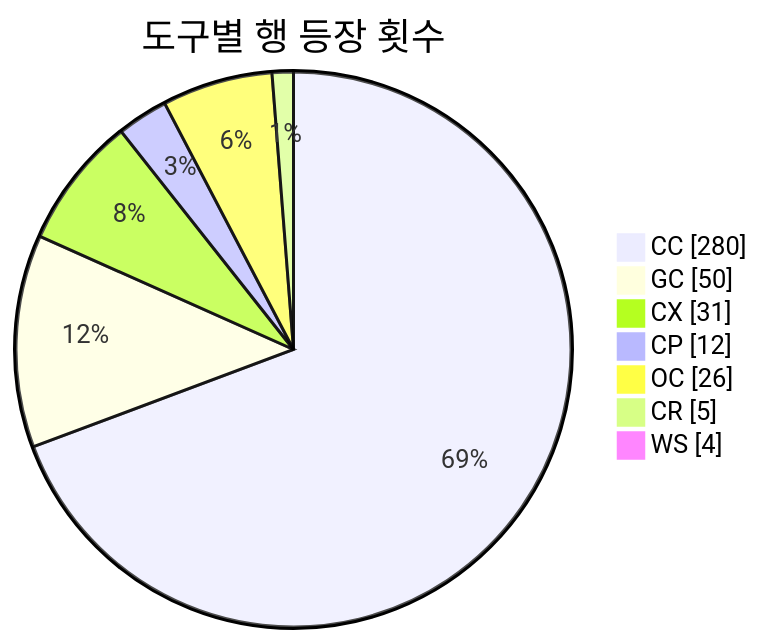
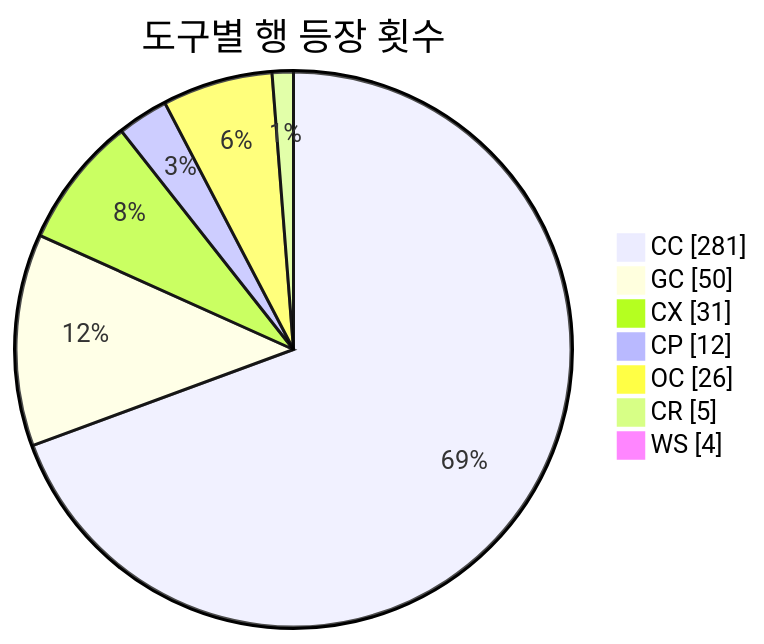
One commit to J-nowcow/awesome-korean-agent-skills changed the second of 3 diagrams in README.md. Above: the diagram before and after it, drawn with Mermaid. The commit also changed other lines of this file and 3 other files, not shown here.

````diff
--- a/README.md
+++ b/README.md
@@ -193,11 +193,11 @@
 ```mermaid
 pie showData
     title 도구별 행 등장 횟수
-    "CC" : 280
+    "CC" : 281
     "GC" : 50
     "CX" : 31
     "CP" : 12
     "OC" : 26
     "CR" : 5
     "WS" : 4
 ```
````
